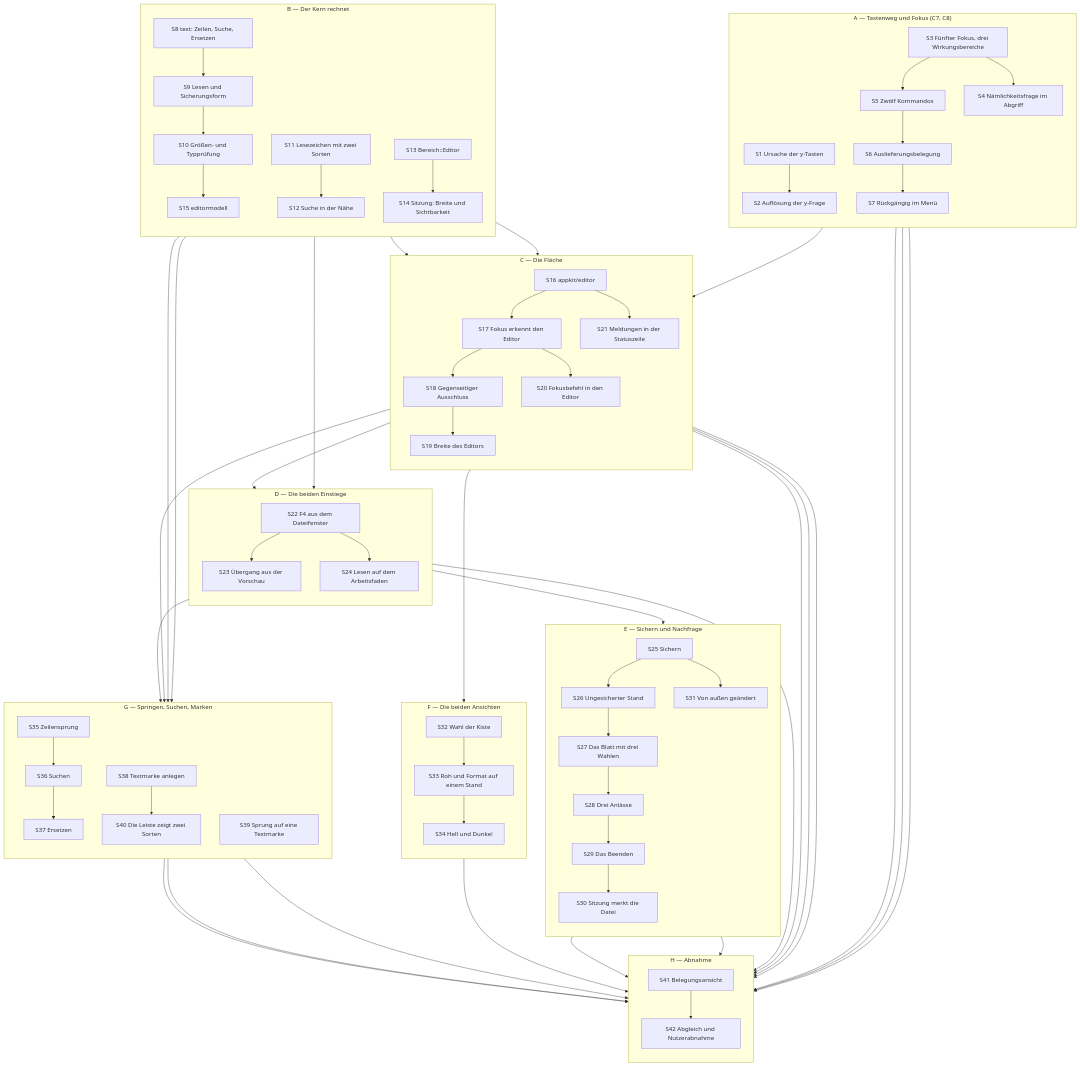
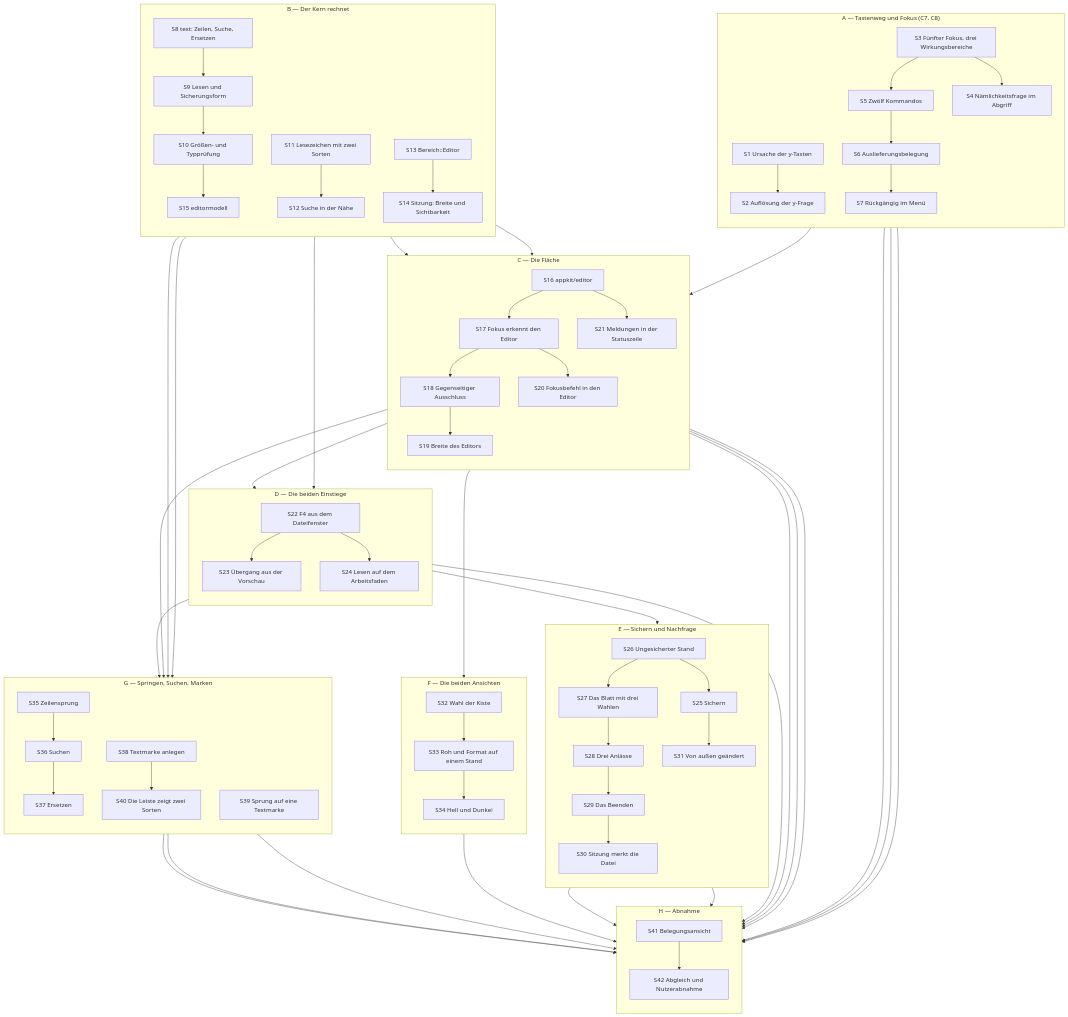
Before and after one commit to tenzoki/krk: the fourth of 6 diagrams in fusion-workbench/circles/260807-2116-eingebauter-editor-mit-textmarken/planning/260808-0140_o_plan-eingebauter-editor-mit-textmarken.md, drawn with Mermaid. The commit also changed other lines of this file and 6 other files, not shown here.

```diff
--- a/fusion-workbench/circles/260807-2116-eingebauter-editor-mit-textmarken/planning/260808-0140_o_plan-eingebauter-editor-mit-textmarken.md
+++ b/fusion-workbench/circles/260807-2116-eingebauter-editor-mit-textmarken/planning/260808-0140_o_plan-eingebauter-editor-mit-textmarken.md
@@ -440,8 +440,8 @@
   S16 --> S22
   S22 --> S23
   S22 --> S24
-  S24 --> S25
-  S25 --> S26
+  S24 --> S26
+  S26 --> S25
   S26 --> S27
   S27 --> S28
   S28 --> S29
```
